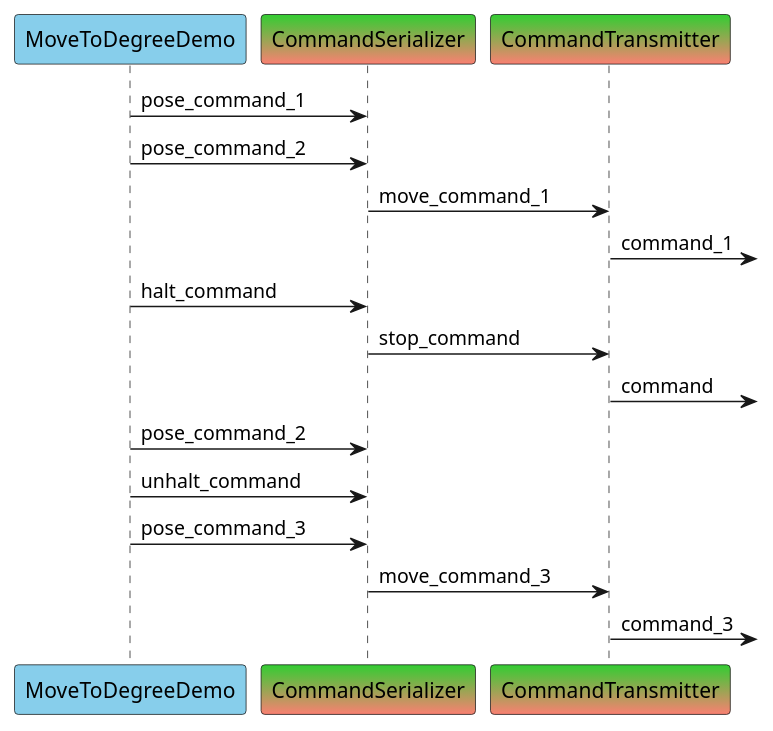
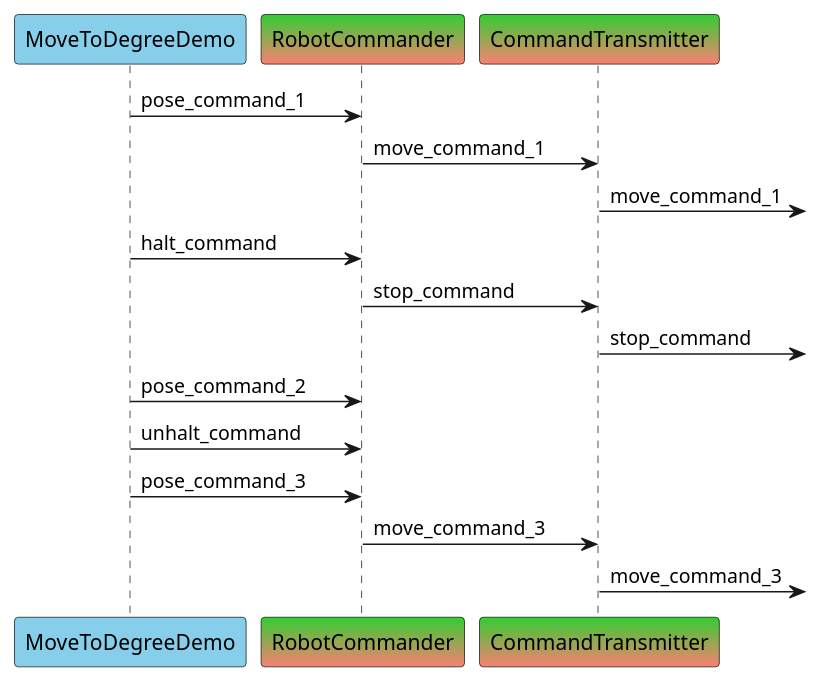
The diagram in doc/component_sequence_halt.puml (bscp/al5d_cpp), drawn with PlantUML before and after one commit. The commit also changed 3 other files, not shown here.

Commit message:
Update UML diagrams

```diff
--- a/doc/component_sequence_halt.puml
+++ b/doc/component_sequence_halt.puml
@@ -1,22 +1,21 @@
 @startuml
 
 'No activation/deactivation boxes because components are concurent and are continuously running. Also when no call is made.
 
 participant MoveToDegreeDemo #SkyBlue
-participant CommandSerializer #LimeGreen-Salmon
+participant RobotCommander #LimeGreen-Salmon
 participant CommandTransmitter #LimeGreen-Salmon
 
-MoveToDegreeDemo -> CommandSerializer:pose_command_1
-MoveToDegreeDemo -> CommandSerializer:pose_command_2
-CommandSerializer -> CommandTransmitter:move_command_1
-CommandTransmitter ->] :command_1
-MoveToDegreeDemo -> CommandSerializer:halt_command
-CommandSerializer -> CommandTransmitter:stop_command
-CommandTransmitter ->] :command
-MoveToDegreeDemo -> CommandSerializer:pose_command_2
-MoveToDegreeDemo -> CommandSerializer:unhalt_command
-MoveToDegreeDemo -> CommandSerializer:pose_command_3
-CommandSerializer -> CommandTransmitter:move_command_3
-CommandTransmitter ->] :command_3
+MoveToDegreeDemo -> RobotCommander:pose_command_1
+RobotCommander -> CommandTransmitter:move_command_1
+CommandTransmitter ->] :move_command_1
+MoveToDegreeDemo -> RobotCommander:halt_command
+RobotCommander -> CommandTransmitter:stop_command
+CommandTransmitter ->] :stop_command
+MoveToDegreeDemo -> RobotCommander:pose_command_2
+MoveToDegreeDemo -> RobotCommander:unhalt_command
+MoveToDegreeDemo -> RobotCommander:pose_command_3
+RobotCommander -> CommandTransmitter:move_command_3
+CommandTransmitter ->] :move_command_3
 
 @enduml
```
